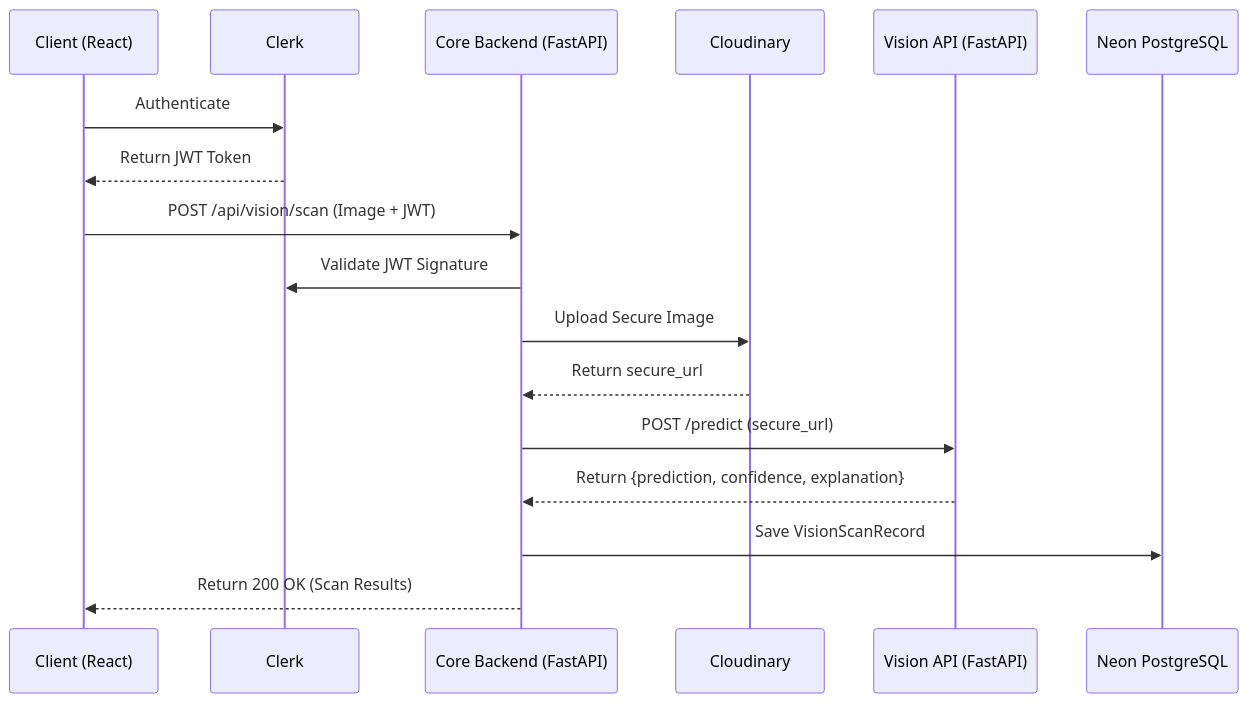
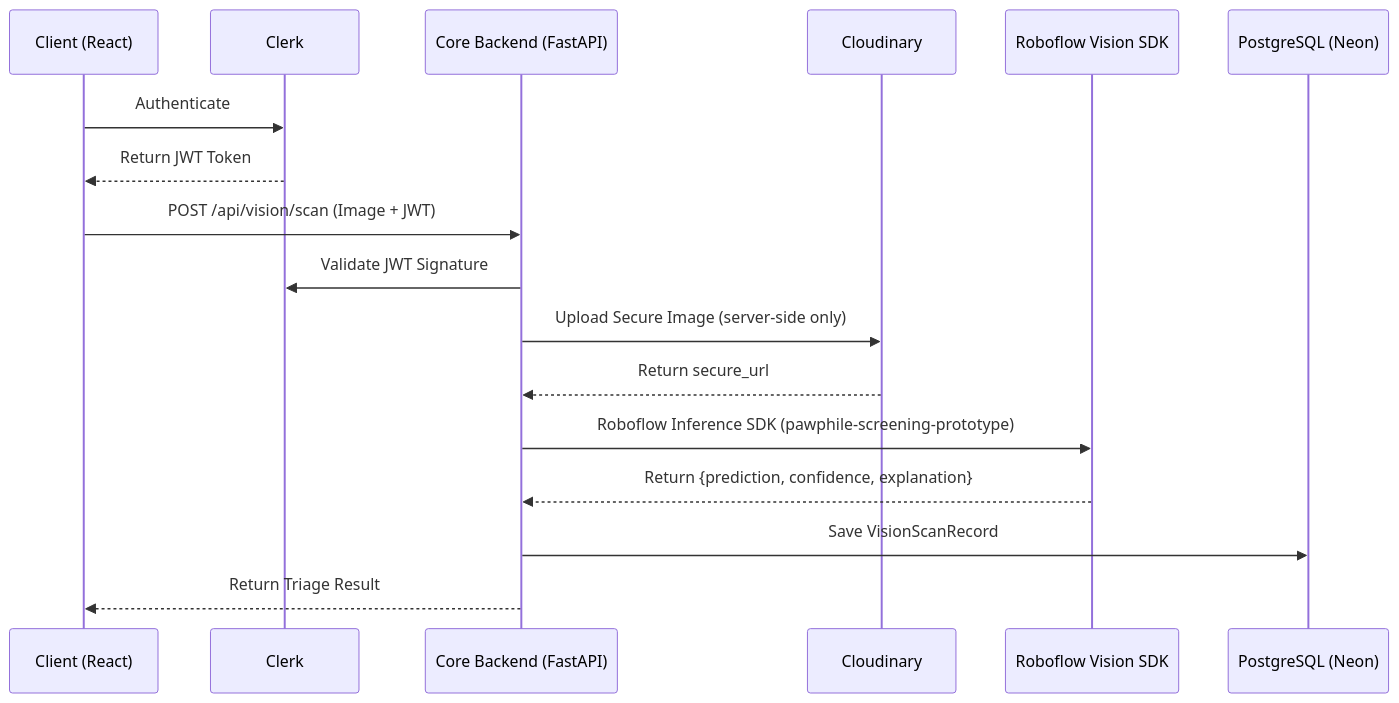
One commit to ESSAKKI-RAJA/PAWPHILE---Empowering-Smarter-Dog-Parenting changed the second of 2 diagrams in README.md. Above: the diagram before and after it, drawn with Mermaid. The commit also changed other lines of this file and 21 other files, not shown here.

````diff
--- a/README.md
+++ b/README.md
@@ -129,20 +170,20 @@
 ```mermaid
 sequenceDiagram
     participant User as Client (React)
     participant Auth as Clerk
     participant API as Core Backend (FastAPI)
     participant Storage as Cloudinary
-    participant Vision as Vision API (FastAPI)
-    participant DB as Neon PostgreSQL
+    participant Vision as Roboflow Vision SDK
+    participant DB as PostgreSQL (Neon)
 
     User->>Auth: Authenticate
     Auth-->>User: Return JWT Token
     User->>API: POST /api/vision/scan (Image + JWT)
     API->>Auth: Validate JWT Signature
-    API->>Storage: Upload Secure Image
+    API->>Storage: Upload Secure Image (server-side only)
     Storage-->>API: Return secure_url
-    API->>Vision: POST /predict (secure_url)
+    API->>Vision: Roboflow Inference SDK (pawphile-screening-prototype)
     Vision-->>API: Return {prediction, confidence, explanation}
     API->>DB: Save VisionScanRecord
-    API-->>User: Return 200 OK (Scan Results)
+    API-->>User: Return Triage Result
 ```
````
